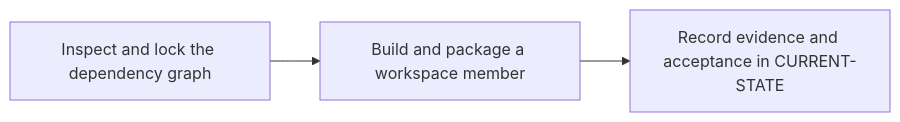
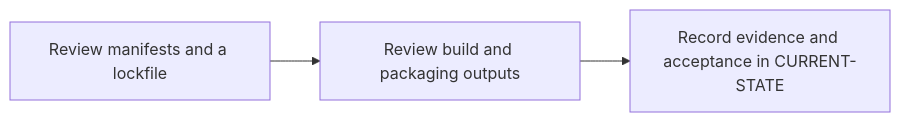
Before and after one commit to cdcdd15/git-runners-rust: the diagram in docs/roadmap/P2.md, drawn with Mermaid. The commit also changed other lines of this file and 22 other files, not shown here.

Commit message:
docs: complete P0 and adopt a knowledge-first roadmap

````diff
--- a/docs/roadmap/P2.md
+++ b/docs/roadmap/P2.md
@@ -9,5 +9,5 @@
 ```mermaid
 flowchart LR
-    Input["Inspect and lock the dependency graph"] --> Validation["Build and package a workspace member"]
+    Input["Review manifests and a lockfile"] --> Validation["Review build and packaging outputs"]
     Validation --> Evidence["Record evidence and acceptance in CURRENT-STATE"]
 ```
````
